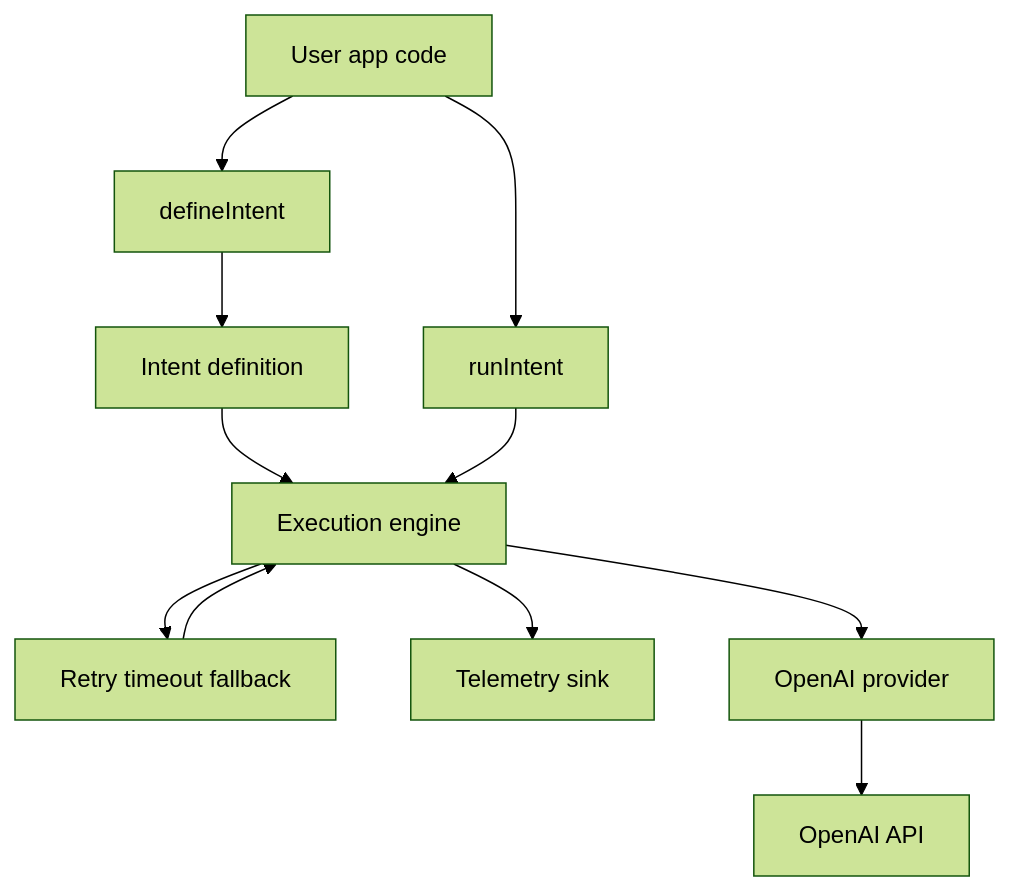
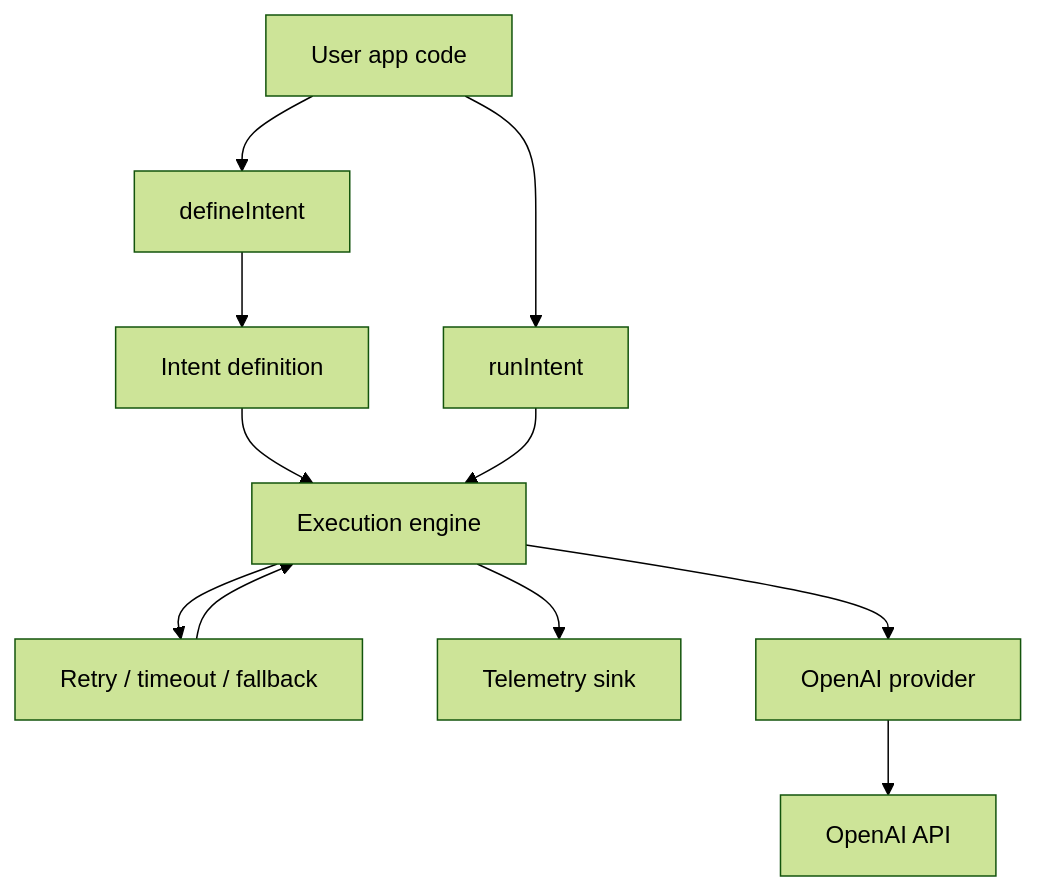
The diagram in README.md (NeverEverFelix/fabricks-ai-reliability-layer), drawn with Mermaid (forest theme) before and after one commit. The commit also changed other lines of this file and 18 other files, not shown here.

````diff
--- a/README.md
+++ b/README.md
@@ -180,19 +125,19 @@
 ```mermaid
 flowchart TD
 
     A[User app code] --> B[defineIntent]
     A --> C[runIntent]
 
     B --> D[Intent definition]
     D --> E[Execution engine]
 
     C --> E
 
-    E --> F[Retry timeout fallback]
+    E --> F[Retry / timeout / fallback]
     F --> E
 
     E --> G[Telemetry sink]
 
     E --> H[OpenAI provider]
     H --> I[OpenAI API]
 ```
````
